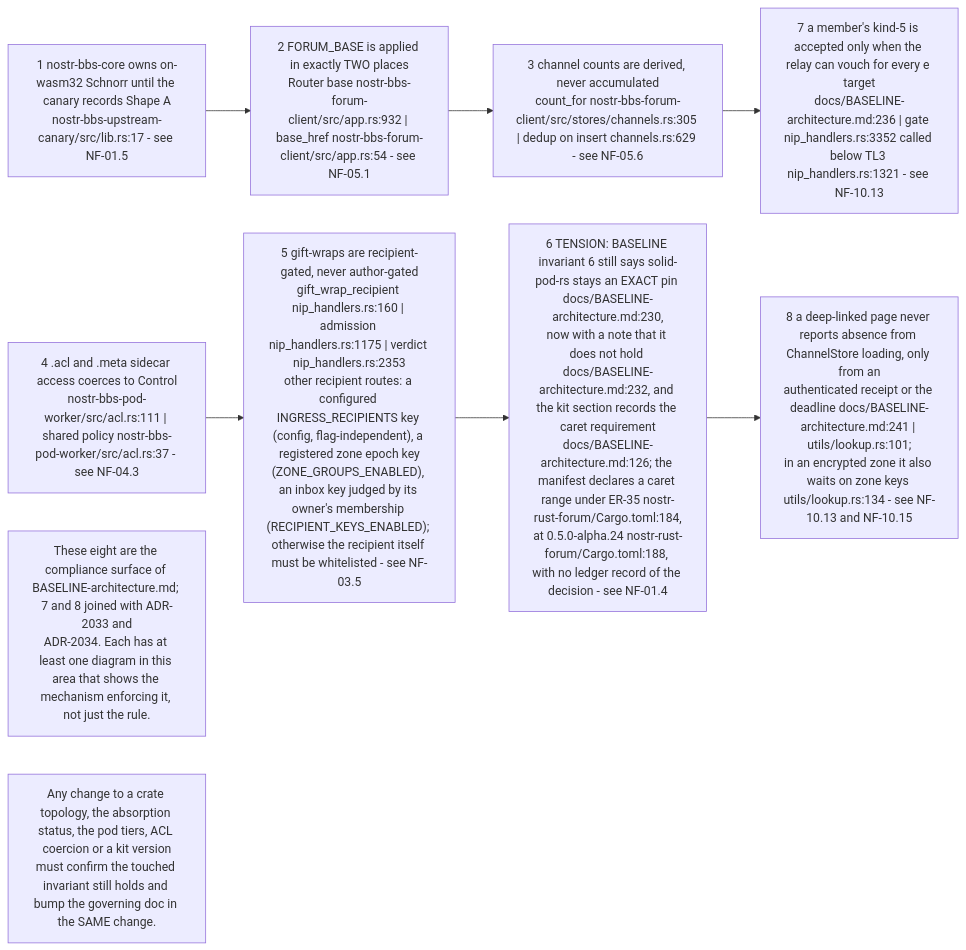
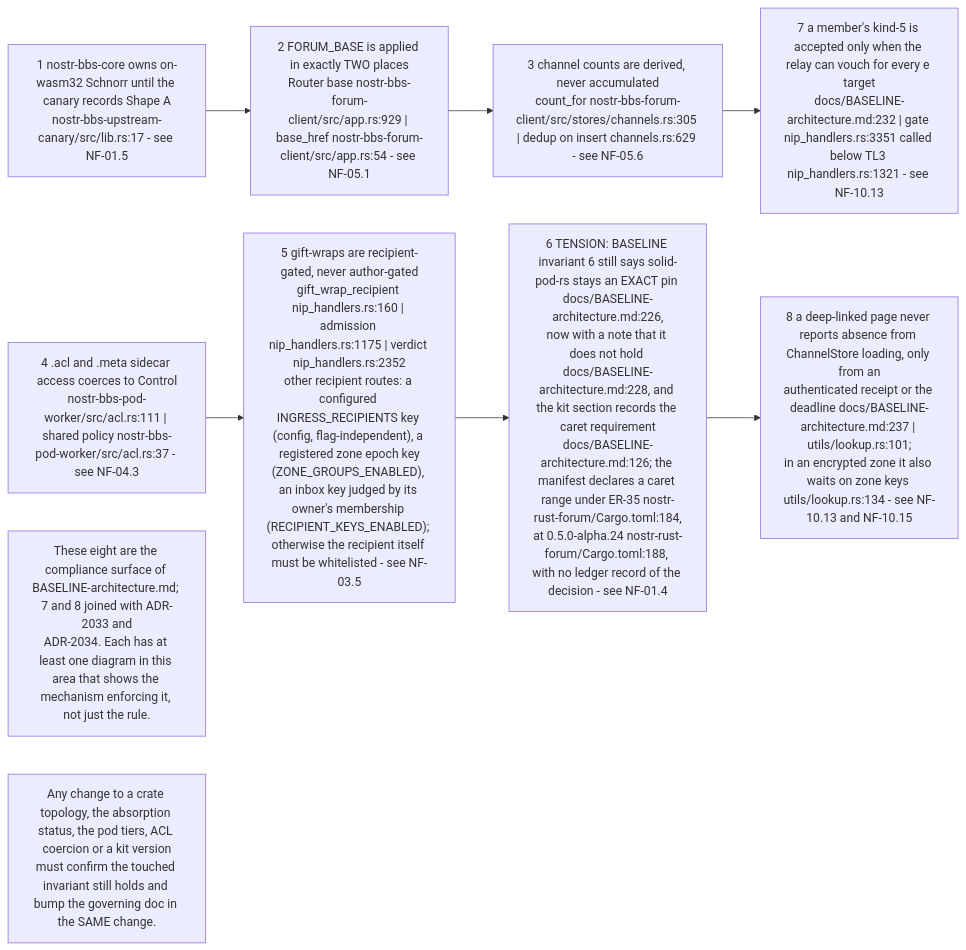
Before and after one commit to DreamLab-AI/VisionFlow: the first of 15 diagrams in docs/diagrams/nostr-rust-forum/10-invariants-and-anomaly-register.md, drawn with Mermaid. The commit also changed other lines of this file and 3 other files, not shown here.

First line of the commit message:
docs(diagrams): hold NF-10 at 4a73a7a (NF-10.6 DD9 on the ratchet no longer holds)

````diff
--- a/docs/diagrams/nostr-rust-forum/10-invariants-and-anomaly-register.md
+++ b/docs/diagrams/nostr-rust-forum/10-invariants-and-anomaly-register.md
@@ -114,17 +114,17 @@
 ```mermaid
 flowchart LR
     I1["1 nostr-bbs-core owns on-wasm32 Schnorr until the canary records Shape A<br/>nostr-bbs-upstream-canary/src/lib.rs:17 - see NF-01.5"]
-    I2["2 FORUM_BASE is applied in exactly TWO places<br/>Router base nostr-bbs-forum-client/src/app.rs:932 | base_href nostr-bbs-forum-client/src/app.rs:54 - see NF-05.1"]
+    I2["2 FORUM_BASE is applied in exactly TWO places<br/>Router base nostr-bbs-forum-client/src/app.rs:929 | base_href nostr-bbs-forum-client/src/app.rs:54 - see NF-05.1"]
     I3["3 channel counts are derived, never accumulated<br/>count_for nostr-bbs-forum-client/src/stores/channels.rs:305 | dedup on insert channels.rs:629 - see NF-05.6"]
     I4["4 .acl and .meta sidecar access coerces to Control<br/>nostr-bbs-pod-worker/src/acl.rs:111 | shared policy nostr-bbs-pod-worker/src/acl.rs:37 - see NF-04.3"]
-    I5["5 gift-wraps are recipient-gated, never author-gated<br/>gift_wrap_recipient nip_handlers.rs:160 | admission nip_handlers.rs:1175 | verdict nip_handlers.rs:2353<br/>other recipient routes: a configured INGRESS_RECIPIENTS key (config, flag-independent), a registered zone epoch key<br/>(ZONE_GROUPS_ENABLED), an inbox key judged by its owner's membership (RECIPIENT_KEYS_ENABLED); otherwise the recipient itself must be whitelisted - see NF-03.5"]
-    I6["6 TENSION: BASELINE invariant 6 still says solid-pod-rs stays an EXACT pin docs/BASELINE-architecture.md:230,<br/>now with a note that it does not hold docs/BASELINE-architecture.md:232, and the kit section records the caret requirement<br/>docs/BASELINE-architecture.md:126; the manifest declares a caret range under ER-35 nostr-rust-forum/Cargo.toml:184,<br/>at 0.5.0-alpha.24 nostr-rust-forum/Cargo.toml:188, with no ledger record of the decision - see NF-01.4"]
-    I7["7 a member's kind-5 is accepted only when the relay can vouch for every e target<br/>docs/BASELINE-architecture.md:236 | gate nip_handlers.rs:3352 called below TL3 nip_handlers.rs:1321 - see NF-10.13"]
-    I8["8 a deep-linked page never reports absence from ChannelStore loading, only from an<br/>authenticated receipt or the deadline docs/BASELINE-architecture.md:241 | utils/lookup.rs:101;<br/>in an encrypted zone it also waits on zone keys utils/lookup.rs:134 - see NF-10.13 and NF-10.15"]
+    I5["5 gift-wraps are recipient-gated, never author-gated<br/>gift_wrap_recipient nip_handlers.rs:160 | admission nip_handlers.rs:1175 | verdict nip_handlers.rs:2352<br/>other recipient routes: a configured INGRESS_RECIPIENTS key (config, flag-independent), a registered zone epoch key<br/>(ZONE_GROUPS_ENABLED), an inbox key judged by its owner's membership (RECIPIENT_KEYS_ENABLED); otherwise the recipient itself must be whitelisted - see NF-03.5"]
+    I6["6 TENSION: BASELINE invariant 6 still says solid-pod-rs stays an EXACT pin docs/BASELINE-architecture.md:226,<br/>now with a note that it does not hold docs/BASELINE-architecture.md:228, and the kit section records the caret requirement<br/>docs/BASELINE-architecture.md:126; the manifest declares a caret range under ER-35 nostr-rust-forum/Cargo.toml:184,<br/>at 0.5.0-alpha.24 nostr-rust-forum/Cargo.toml:188, with no ledger record of the decision - see NF-01.4"]
+    I7["7 a member's kind-5 is accepted only when the relay can vouch for every e target<br/>docs/BASELINE-architecture.md:232 | gate nip_handlers.rs:3351 called below TL3 nip_handlers.rs:1321 - see NF-10.13"]
+    I8["8 a deep-linked page never reports absence from ChannelStore loading, only from an<br/>authenticated receipt or the deadline docs/BASELINE-architecture.md:237 | utils/lookup.rs:101;<br/>in an encrypted zone it also waits on zone keys utils/lookup.rs:134 - see NF-10.13 and NF-10.15"]
 
     I1 --> I2 --> I3 --> I7
     I4 --> I5 --> I6 --> I8
 
     N1["These eight are the compliance surface of BASELINE-architecture.md; 7 and 8 joined with ADR-2033 and<br/>ADR-2034. Each has at least one diagram in this area that shows the mechanism enforcing it, not just the rule."]
     N2["Any change to a crate topology, the absorption status, the pod tiers, ACL coercion or a kit version<br/>must confirm the touched invariant still holds and bump the governing doc in the SAME change."]
 ```
````
